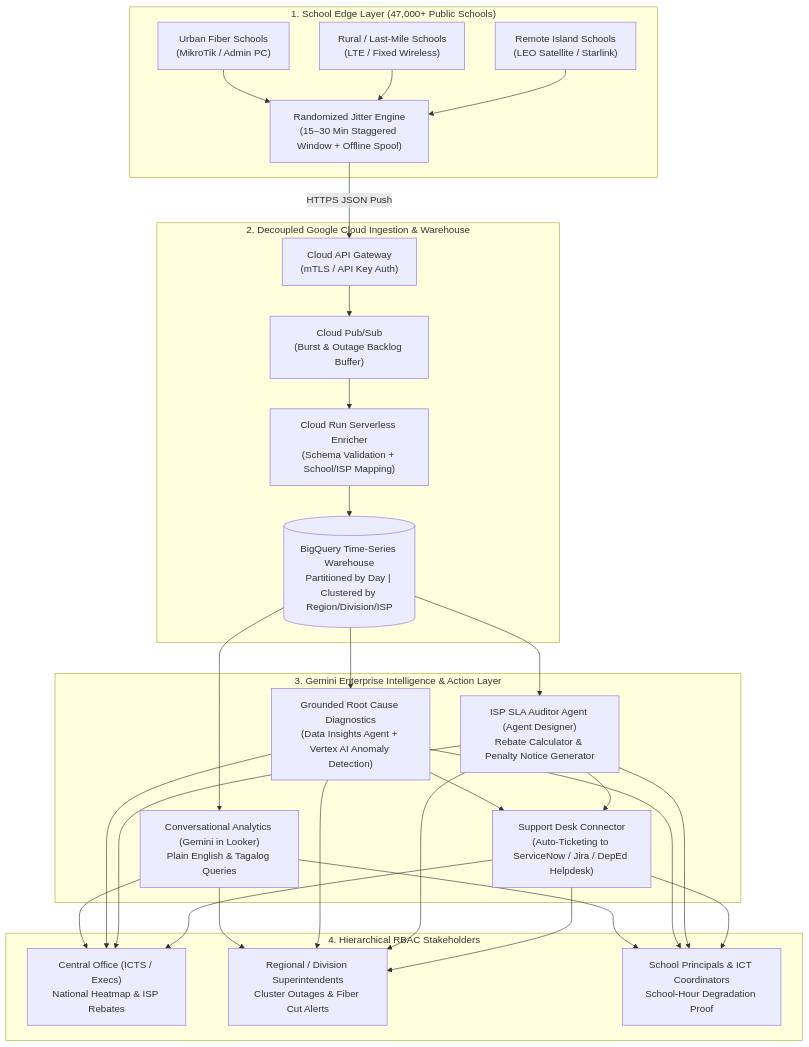
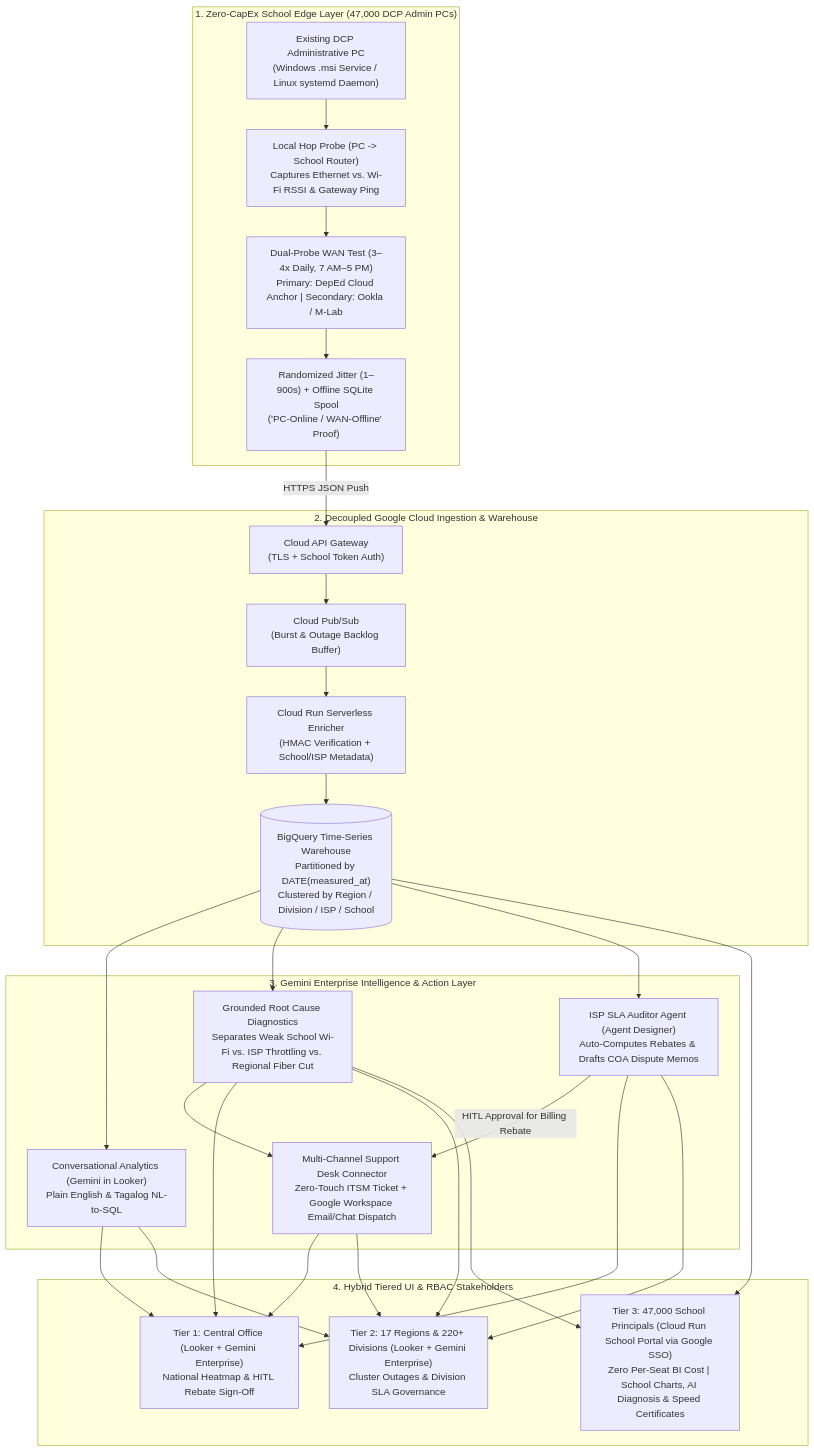
Before and after one commit to markea/DepEd: the first of 2 diagrams in nw-speed-tracker/01_DEPED_NW_SPEED_TRACKER_BRD.md, drawn with Mermaid. The commit also changed other lines of this file and 1 other file, not shown here.

Commit message:
Update BRD to v2.0 with 8 locked architectural & governance decisions from grill-me session

````diff
--- a/nw-speed-tracker/01_DEPED_NW_SPEED_TRACKER_BRD.md
+++ b/nw-speed-tracker/01_DEPED_NW_SPEED_TRACKER_BRD.md
@@ -64,37 +66,38 @@
 ```mermaid
 flowchart TB
-    subgraph Edge["1. School Edge Layer (47,000+ Public Schools)"]
-        S1["Urban Fiber Schools<br/>(MikroTik / Admin PC)"]
-        S2["Rural / Last-Mile Schools<br/>(LTE / Fixed Wireless)"]
-        S3["Remote Island Schools<br/>(LEO Satellite / Starlink)"]
-        J["Randomized Jitter Engine<br/>(15–30 Min Staggered Window + Offline Spool)"]
-        S1 & S2 & S3 --> J
+    subgraph Edge["1. Zero-CapEx School Edge Layer (47,000 DCP Admin PCs)"]
+        PC["Existing DCP Administrative PC<br/>(Windows .msi Service / Linux systemd Daemon)"]
+        LOCAL["Local Hop Probe (PC -> School Router)<br/>Captures Ethernet vs. Wi-Fi RSSI & Gateway Ping"]
+        DUAL["Dual-Probe WAN Test (3–4x Daily, 7 AM–5 PM)<br/>Primary: DepEd Cloud Anchor | Secondary: Ookla / M-Lab"]
+        SPOOL["Randomized Jitter (1–900s) + Offline SQLite Spool<br/>('PC-Online / WAN-Offline' Proof)"]
+        PC --> LOCAL --> DUAL --> SPOOL
     end
 
     subgraph Ingestion["2. Decoupled Google Cloud Ingestion & Warehouse"]
-        APIGW["Cloud API Gateway<br/>(mTLS / API Key Auth)"]
+        APIGW["Cloud API Gateway<br/>(TLS + School Token Auth)"]
         PS["Cloud Pub/Sub<br/>(Burst & Outage Backlog Buffer)"]
-        CR["Cloud Run Serverless Enricher<br/>(Schema Validation + School/ISP Mapping)"]
-        BQ[("BigQuery Time-Series Warehouse<br/>Partitioned by Day | Clustered by Region/Division/ISP")]
-        J -->|HTTPS JSON Push| APIGW --> PS --> CR --> BQ
+        CR["Cloud Run Serverless Enricher<br/>(HMAC Verification + School/ISP Metadata)"]
+        BQ[("BigQuery Time-Series Warehouse<br/>Partitioned by DATE(measured_at)<br/>Clustered by Region / Division / ISP / School")]
+        SPOOL -->|HTTPS JSON Push| APIGW --> PS --> CR --> BQ
     end
 
     subgraph GeminiEnterprise["3. Gemini Enterprise Intelligence & Action Layer"]
-        CA["Conversational Analytics (Gemini in Looker)<br/>Plain English & Tagalog Queries"]
-        DIAG["Grounded Root Cause Diagnostics<br/>(Data Insights Agent + Vertex AI Anomaly Detection)"]
-        SLA["ISP SLA Auditor Agent (Agent Designer)<br/>Rebate Calculator & Penalty Notice Generator"]
-        TICKET["Support Desk Connector<br/>(Auto-Ticketing to ServiceNow / Jira / DepEd Helpdesk)"]
+        CA["Conversational Analytics (Gemini in Looker)<br/>Plain English & Tagalog NL-to-SQL"]
+        DIAG["Grounded Root Cause Diagnostics<br/>Separates Weak School Wi-Fi vs. ISP Throttling vs. Regional Fiber Cut"]
+        SLA["ISP SLA Auditor Agent (Agent Designer)<br/>Auto-Computes Rebates & Drafts COA Dispute Memos"]
+        TICKET["Multi-Channel Support Desk Connector<br/>Zero-Touch ITSM Ticket + Google Workspace Email/Chat Dispatch"]
         BQ --> CA
         BQ --> DIAG
         BQ --> SLA
         DIAG --> TICKET
-        SLA --> TICKET
+        SLA -->|HITL Approval for Billing Rebate| TICKET
     end
 
-    subgraph Users["4. Hierarchical RBAC Stakeholders"]
-        CO["Central Office (ICTS / Execs)<br/>National Heatmap & ISP Rebates"]
-        RO["Regional / Division Superintendents<br/>Cluster Outages & Fiber Cut Alerts"]
-        PR["School Principals & ICT Coordinators<br/>School-Hour Degradation Proof"]
-        CA & DIAG & SLA & TICKET --> CO & RO & PR
+    subgraph Users["4. Hybrid Tiered UI & RBAC Stakeholders"]
+        CO["Tier 1: Central Office (Looker + Gemini Enterprise)<br/>National Heatmap & HITL Rebate Sign-Off"]
+        RO["Tier 2: 17 Regions & 220+ Divisions (Looker + Gemini Enterprise)<br/>Cluster Outages & Division SLA Governance"]
+        PR["Tier 3: 47,000 School Principals (Cloud Run School Portal via Google SSO)<br/>Zero Per-Seat BI Cost | School Charts, AI Diagnosis & Speed Certificates"]
+        CA & DIAG & SLA & TICKET --> CO & RO
+        BQ & DIAG --> PR
     end
 ```
````
